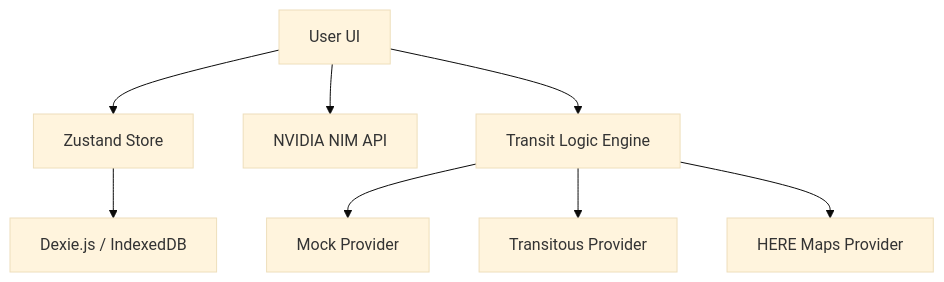
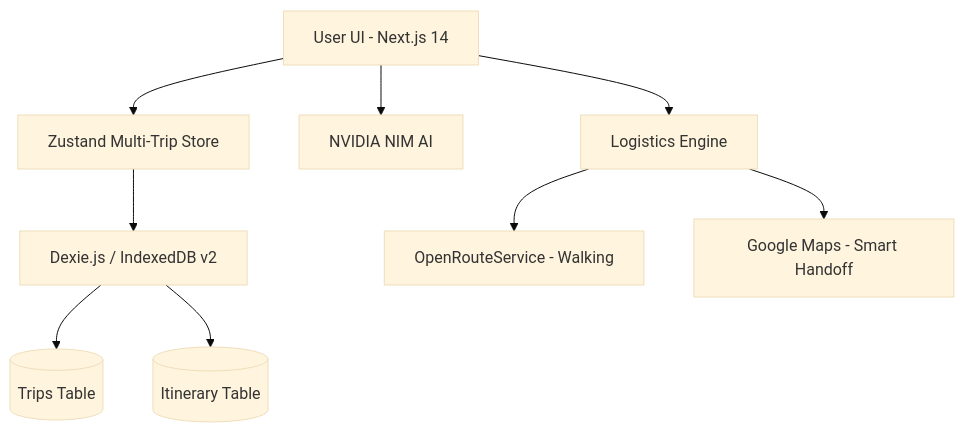
The diagram in README.md (strike007-3000/RouteMate), drawn with Mermaid (base theme) before and after one commit. The commit also changed other lines of this file and 10 other files, not shown here.

Commit message:
feat: Phase 6 - Multi-Trip Refactor and Smart Handoff v1.1.0

````diff
--- a/README.md
+++ b/README.md
@@ -51,10 +50,11 @@
 ```mermaid
 graph TD
-    A[User UI] --> B[Zustand Store]
-    B --> C[Dexie.js / IndexedDB]
-    A --> D[NVIDIA NIM API]
-    A --> E[Transit Logic Engine]
-    E --> F[Mock Provider]
-    E --> G[Transitous Provider]
-    E --> H[HERE Maps Provider]
+    A[User UI - Next.js 14] --> B[Zustand Multi-Trip Store]
+    B --> C[Dexie.js / IndexedDB v2]
+    C --> D[(Trips Table)]
+    C --> E[(Itinerary Table)]
+    A --> F[NVIDIA NIM AI]
+    A --> G[Logistics Engine]
+    G --> H[OpenRouteService - Walking]
+    G --> I[Google Maps - Smart Handoff]
 ```
````
